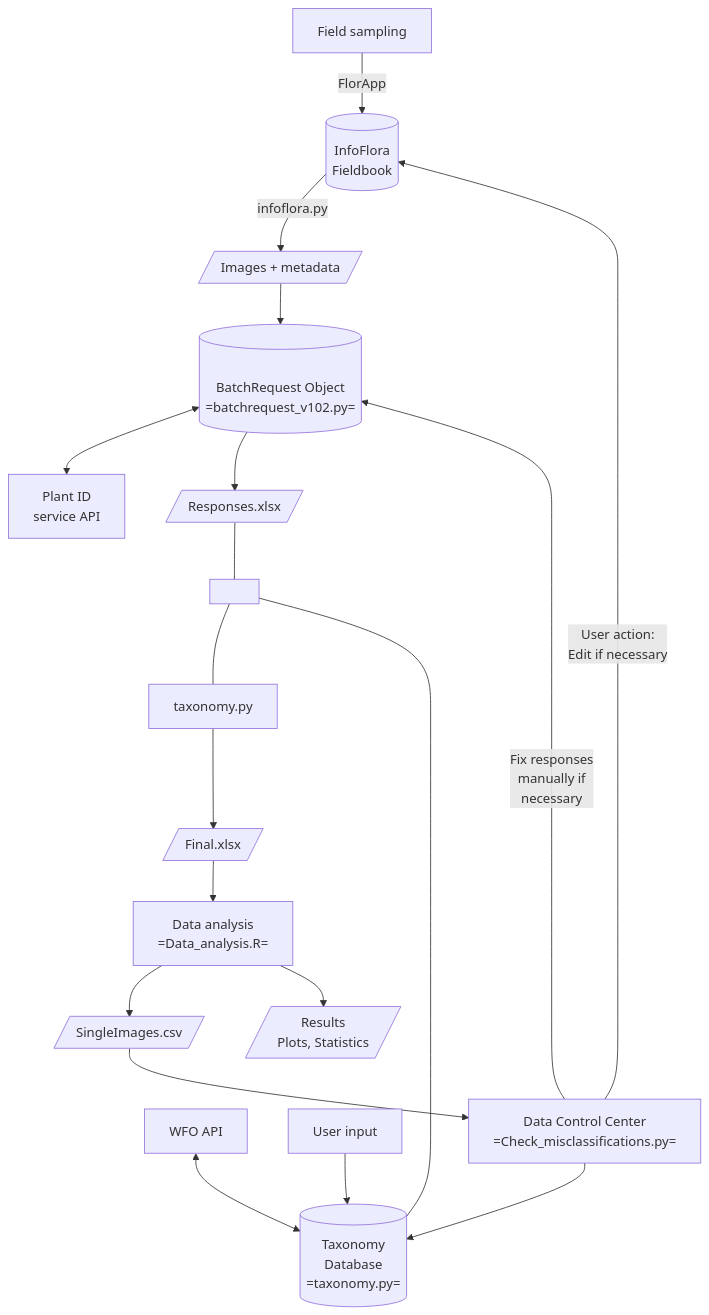
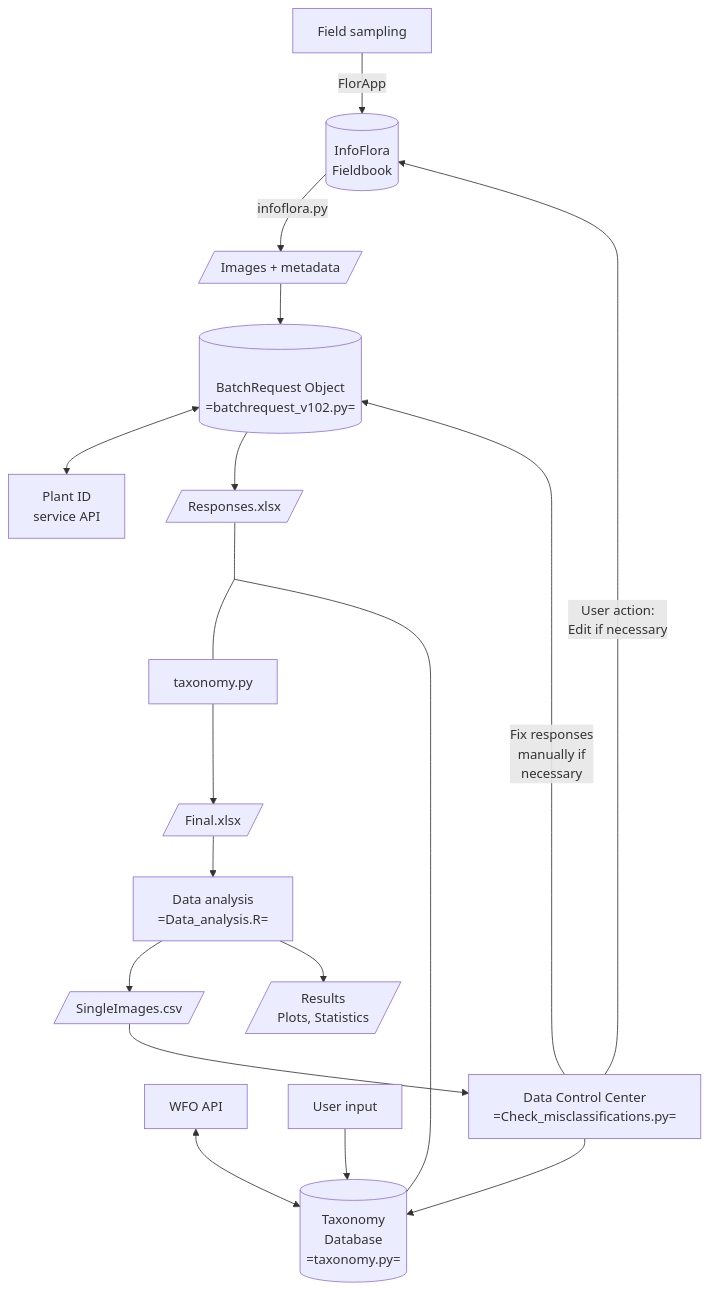
Before and after one commit to ManuelPopp/SwissPlantCV: the diagram in README.md, drawn with Mermaid.

````diff
--- a/README.md
+++ b/README.md
@@ -5,22 +5,22 @@
 ```mermaid
 graph TD
     A[Field sampling] --> |FlorApp| B[(InfoFlora\nFieldbook)]
     B --> |infoflora.py| C[/Images + metadata/]
     D[(\nBatchRequest Object\n=batchrequest_v102.py=)] <--> E[Plant ID\nservice API]
     C --> D
     D --> F[/Responses.xlsx/]
-    F --- G[" "]
+    F --- G[ ]:::empty
     G --- T["taxonomy.py"]
     T --> H[/Final.xlsx/]
     I[WFO API] <--> J[(Taxonomy\nDatabase\n=taxonomy.py=)]
     K[User input] --> J
     J --- G
     H --> X[Data analysis\n=Data_analysis.R=]
     X --> L[/SingleImages.csv/]
     L --> M[Data Control Center\n=Check_misclassifications.py=]
     M --> J
     M --> |Fix responses\nmanually if\nnecessary| D
     M --> |User action:\nEdit if necessary| B
     X --> Z[/Results\nPlots, Statistics/]
 classDef empty width:0px,height:0px;
 ```
````
